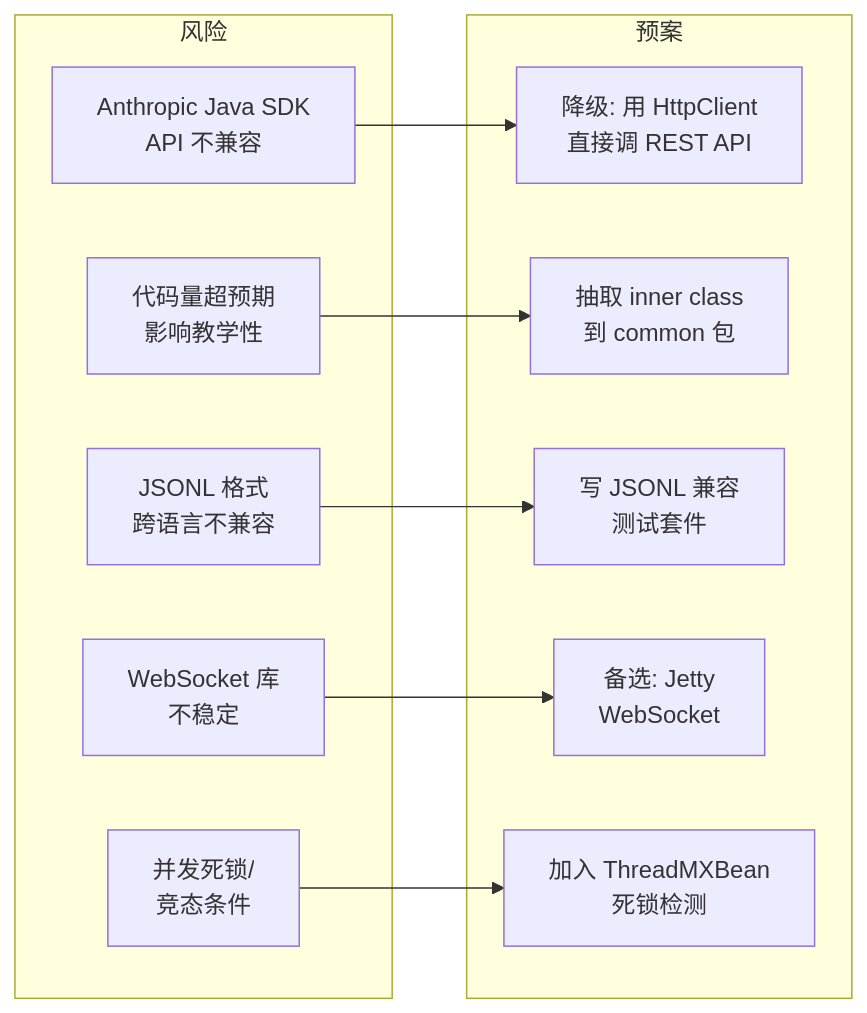
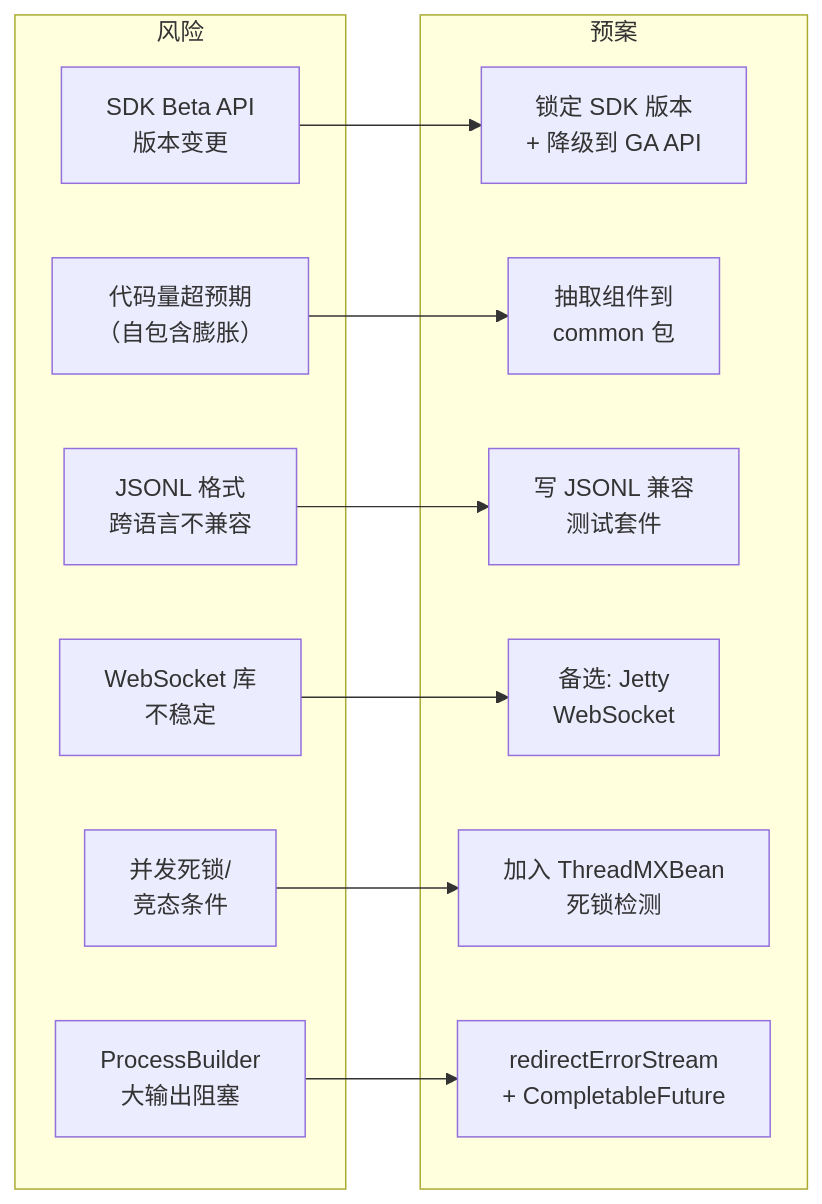
Diagram 16 of 16 in specs/light-claw0-java-rewrite-plan.md (XianReallyHot-ZZH/OpenClaw-ZeroToOne), drawn with Mermaid before and after one commit. The commit also changed other lines of this file and 1 other file, not shown here.

Commit message:
docs: update chat.md and light-claw0-java-rewrite-plan

````diff
--- a/specs/light-claw0-java-rewrite-plan.md
+++ b/specs/light-claw0-java-rewrite-plan.md
@@ -1500,24 +1740,27 @@
 ```mermaid
 flowchart LR
     subgraph "风险"
-        R1["Anthropic Java SDK<br/>API 不兼容"]
-        R2["代码量超预期<br/>影响教学性"]
+        R1["SDK Beta API<br/>版本变更"]
+        R2["代码量超预期<br/>（自包含膨胀）"]
         R3["JSONL 格式<br/>跨语言不兼容"]
         R4["WebSocket 库<br/>不稳定"]
         R5["并发死锁/<br/>竞态条件"]
+        R6["ProcessBuilder<br/>大输出阻塞"]
     end
 
     subgraph "预案"
-        P1["降级: 用 HttpClient<br/>直接调 REST API"]
-        P2["抽取 inner class<br/>到 common 包"]
+        P1["锁定 SDK 版本<br/>+ 降级到 GA API"]
+        P2["抽取组件到<br/>common 包"]
         P3["写 JSONL 兼容<br/>测试套件"]
         P4["备选: Jetty<br/>WebSocket"]
         P5["加入 ThreadMXBean<br/>死锁检测"]
+        P6["redirectErrorStream<br/>+ CompletableFuture"]
     end
 
     R1 --> P1
     R2 --> P2
     R3 --> P3
     R4 --> P4
     R5 --> P5
+    R6 --> P6
 ```
````
